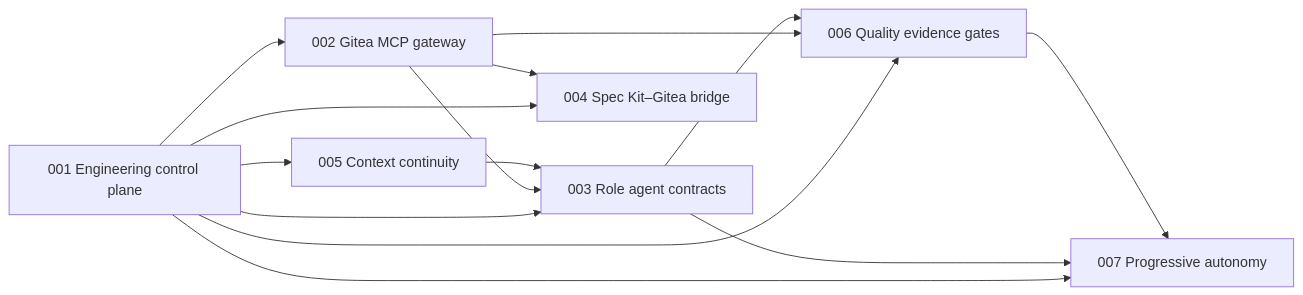
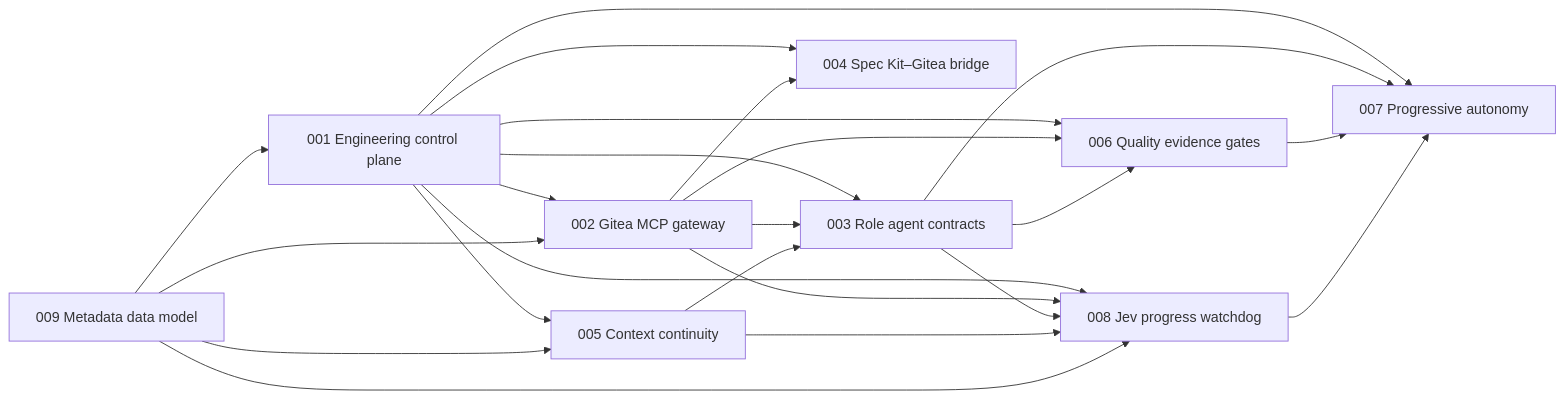
The diagram in specs/README.md (Cazador0/12-factor-agents), drawn with Mermaid before and after one commit. The commit also changed other lines of this file and 18 other files, not shown here.

````diff
--- a/specs/README.md
+++ b/specs/README.md
@@ -21,24 +34,35 @@
 ```mermaid
 graph LR
+  S009["009 Metadata data model"]
   S001["001 Engineering control plane"]
   S002["002 Gitea MCP gateway"]
+  S005["005 Context continuity"]
   S003["003 Role agent contracts"]
   S004["004 Spec Kit–Gitea bridge"]
-  S005["005 Context continuity"]
+  S008["008 Jev progress watchdog"]
   S006["006 Quality evidence gates"]
   S007["007 Progressive autonomy"]
 
+  S009 --> S001
   S001 --> S002
+  S009 --> S002
   S001 --> S005
+  S009 --> S005
   S001 --> S003
   S002 --> S003
   S005 --> S003
   S001 --> S004
   S002 --> S004
+  S001 --> S008
+  S002 --> S008
+  S003 --> S008
+  S005 --> S008
+  S009 --> S008
   S001 --> S006
   S002 --> S006
   S003 --> S006
   S001 --> S007
   S003 --> S007
   S006 --> S007
+  S008 --> S007
 ```
````
